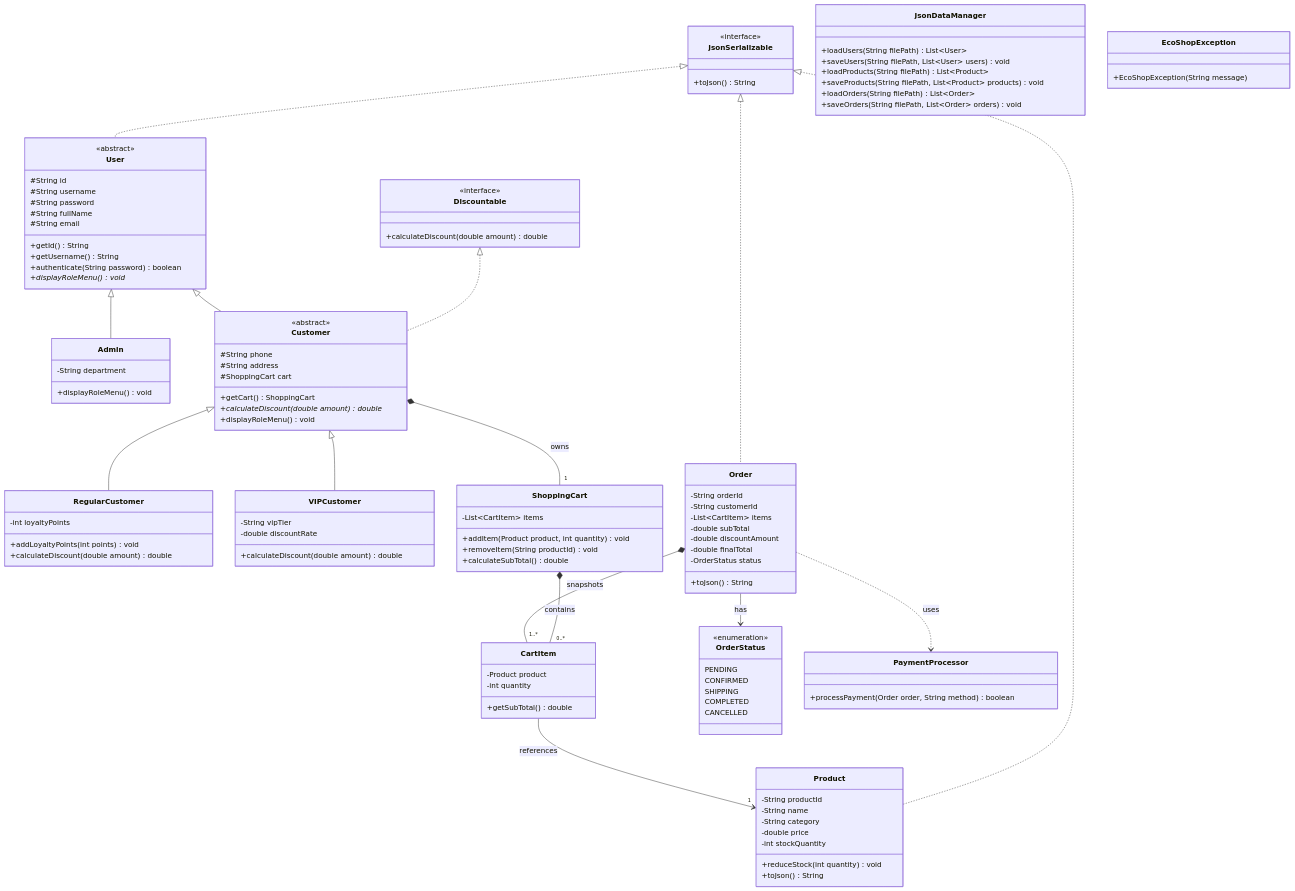
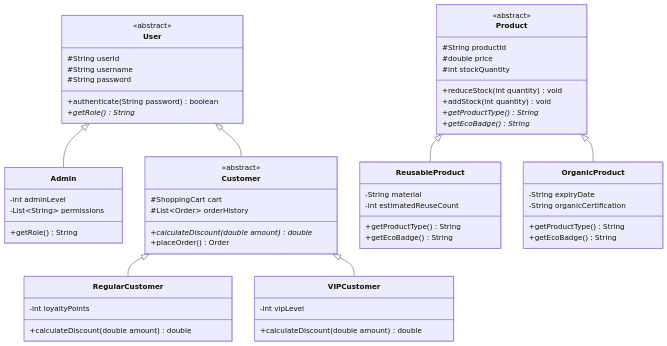
The diagram in readme.md (truongtrieumen01-a11y/E-Commerce-Console-Simulation-EcoShop-), drawn with Mermaid before and after one commit. The commit also changed other lines of this file and 9 other files, not shown here.

````diff
--- a/readme.md
+++ b/readme.md
@@ -24,128 +71,68 @@
 classDiagram
     direction TB
 
-    class Discountable {
-        <<interface>>
-        +calculateDiscount(double amount) double
-    }
-
-    class JsonSerializable {
-        <<interface>>
-        +toJson() String
-    }
-
     class User {
-        <<abstract>>         
-        #String id
+        <<abstract>>
+        #String userId
         #String username
         #String password
-        #String fullName
-        #String email
-        +getId() String
-        +getUsername() String
         +authenticate(String password) boolean
-        +displayRoleMenu()* void
+        +getRole()* String
     }
 
     class Admin {
-        -String department
-        +displayRoleMenu() void
+        -int adminLevel
+        -List~String~ permissions
+        +getRole() String
     }
 
     class Customer {
         <<abstract>>
-        #String phone
-        #String address
         #ShoppingCart cart
-        +getCart() ShoppingCart
+        #List~Order~ orderHistory
         +calculateDiscount(double amount)* double
-        +displayRoleMenu() void
+        +placeOrder() Order
     }
 
     class RegularCustomer {
         -int loyaltyPoints
-        +addLoyaltyPoints(int points) void
         +calculateDiscount(double amount) double
     }
 
     class VIPCustomer {
-        -String vipTier
-        -double discountRate
+        -int vipLevel
         +calculateDiscount(double amount) double
     }
 
     class Product {
-        -String productId
-        -String name
-        -String category
-        -double price
-        -int stockQuantity
+        <<abstract>>
+        #String productId
+        #double price
+        #int stockQuantity
         +reduceStock(int quantity) void
-        +toJson() String
+        +addStock(int quantity) void
+        +getProductType()* String
+        +getEcoBadge()* String
     }
 
-    class CartItem {
-        -Product product
-        -int quantity
-        +getSubTotal() double
+    class ReusableProduct {
+        -String material
+        -int estimatedReuseCount
+        +getProductType() String
+        +getEcoBadge() String
     }
 
-    class ShoppingCart {
-        -List~CartItem~ items
-        +addItem(Product product, int quantity) void
-        +removeItem(String productId) void
-        +calculateSubTotal() double
+    class OrganicProduct {
+        -String expiryDate
+        -String organicCertification
+        +getProductType() String
+        +getEcoBadge() String
     }
 
-    class Order {
-        -String orderId
-        -String customerId
-        -List~CartItem~ items
-        -double subTotal
-        -double discountAmount
-        -double finalTotal
-        -OrderStatus status
-        +toJson() String
-    }
-
-    class OrderStatus {
-        <<enumeration>>
-        PENDING
-        CONFIRMED
-        SHIPPING
-        COMPLETED
-        CANCELLED
-    }
-
-    class JsonDataManager {
-        +loadUsers(String filePath) List~User~
-        +saveUsers(String filePath, List~User~ users) void
-        +loadProducts(String filePath) List~Product~
-        +saveProducts(String filePath, List~Product~ products) void
-        +loadOrders(String filePath) List~Order~
-        +saveOrders(String filePath, List~Order~ orders) void
-    }
-
-    class PaymentProcessor {
-        +processPayment(Order order, String method) boolean
-    }
-
-    class EcoShopException {
-        +EcoShopException(String message)
-    }
-
-    JsonSerializable <|.. User
-    JsonSerializable <|.. Product
-    JsonSerializable <|.. Order
-    Discountable <|.. Customer
     User <|-- Admin
     User <|-- Customer
     Customer <|-- RegularCustomer
     Customer <|-- VIPCustomer
-    Customer *-- "1" ShoppingCart : owns
-    ShoppingCart *-- "0..*" CartItem : contains
-    CartItem --> "1" Product : references
-    Order *-- "1..*" CartItem : snapshots
-    Order --> OrderStatus : has
-    Order ..> PaymentProcessor : uses
+    Product <|-- ReusableProduct
+    Product <|-- OrganicProduct
 ```
````
